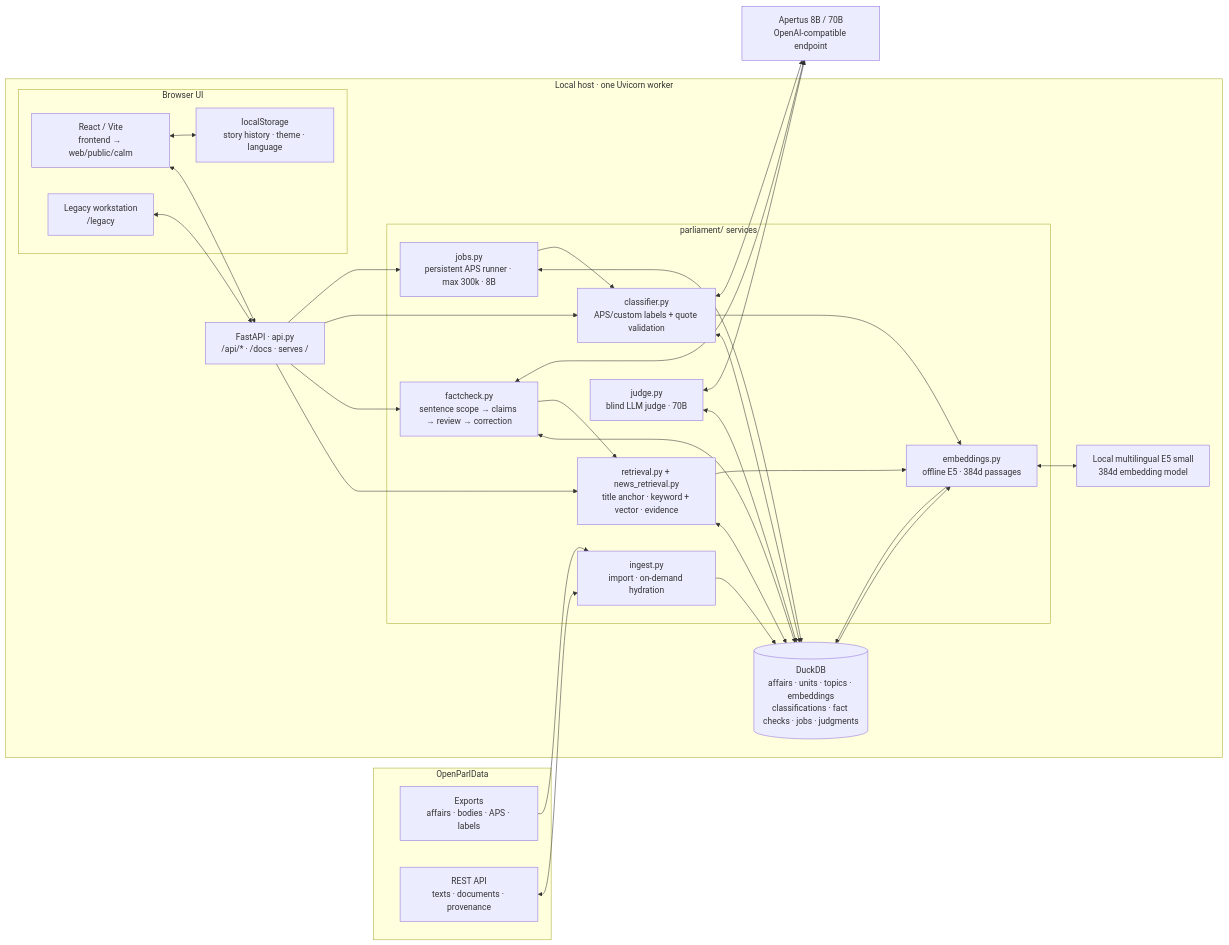
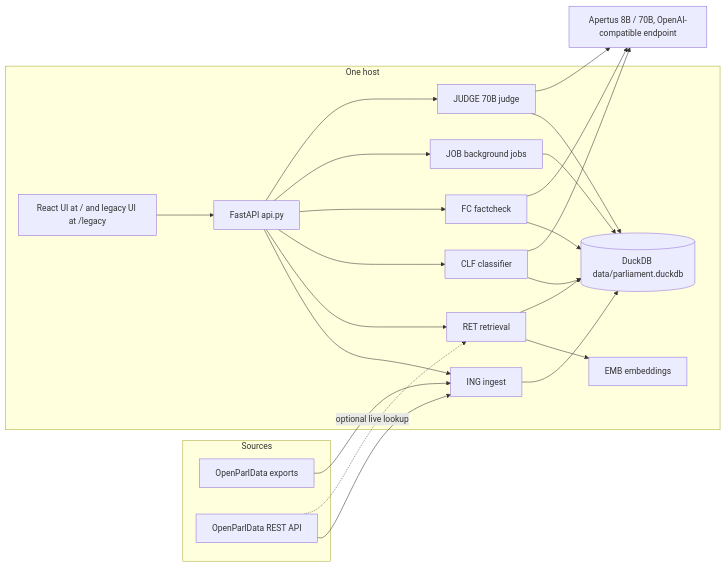
Before and after one commit to sagnikdas-ml/Parliament_Classifier_Bern_Hackathon: the first of 3 diagrams in README.md, drawn with Mermaid. The commit also changed other lines of this file and 3 other files, not shown here.

````diff
--- a/README.md
+++ b/README.md
@@ -38,55 +31,22 @@
 ```mermaid
 flowchart LR
-  subgraph Sources[OpenParlData]
-    EXP[Exports<br/>affairs · bodies · APS · labels]
-    REST[REST API<br/>texts · documents · provenance]
+  subgraph Sources
+    EXP[OpenParlData exports]
+    API[OpenParlData REST API]
   end
-
-  subgraph Host[Local host · one Uvicorn worker]
-    subgraph UI[Browser UI]
-      REACT[React / Vite<br/>frontend → web/public/calm]
-      LEGACY[Legacy workstation<br/>/legacy]
-      HISTORY[localStorage<br/>story history · theme · language]
-    end
-    API[FastAPI · api.py<br/>/api/* · /docs · serves /]
-    subgraph Services[parliament/ services]
-      ING[ingest.py<br/>import · on-demand hydration]
-      RET[retrieval.py + news_retrieval.py<br/>title anchor · keyword + vector · evidence]
-      FC[factcheck.py<br/>sentence scope → claims → review → correction]
-      CLF[classifier.py<br/>APS/custom labels + quote validation]
-      JOB[jobs.py<br/>persistent APS runner · max 300k · 8B]
-      JUDGE[judge.py<br/>blind LLM judge · 70B]
-      EMB[embeddings.py<br/>offline E5 · 384d passages]
-    end
-    DB[(DuckDB<br/>affairs · units · topics · embeddings<br/>classifications · fact checks · jobs · judgments)]
-    E5[Local multilingual E5 small<br/>384d embedding model]
+  subgraph Host["One host"]
+    UI[React UI at / and legacy UI at /legacy] --> F[FastAPI api.py]
+    F --> ING[ING ingest]
+    F --> RET[RET retrieval]
+    F --> CLF[CLF classifier]
+    F --> FC[FC factcheck]
+    F --> JOB[JOB background jobs]
+    F --> JUDGE[JUDGE 70B judge]
+    RET --> EMB[EMB embeddings]
+    ING & RET & CLF & FC & JOB & JUDGE --> DB[(DuckDB data/parliament.duckdb)]
   end
-
-  AP[Apertus 8B / 70B<br/>OpenAI-compatible endpoint]
-
   EXP --> ING
-  REST <--> ING
-  ING --> DB
-  EMB <--> E5
-  DB --> EMB
-  EMB --> DB
-  REACT <--> API
-  LEGACY <--> API
-  REACT <--> HISTORY
-  API --> RET
-  API --> FC
-  API --> CLF
-  API --> JOB
-  RET <--> DB
-  RET --> EMB
-  FC <--> DB
-  FC --> RET
-  FC <--> AP
-  CLF <--> DB
-  CLF --> EMB
-  CLF <--> AP
-  JOB <--> DB
-  JOB --> CLF
-  JUDGE <--> DB
-  JUDGE <--> AP
+  API --> ING
+  API -.optional live lookup.-> RET
+  CLF & FC & JUDGE --> LLM[Apertus 8B / 70B, OpenAI-compatible endpoint]
 ```
````
